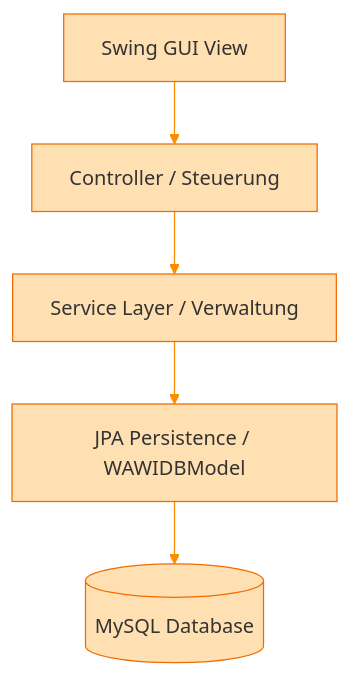
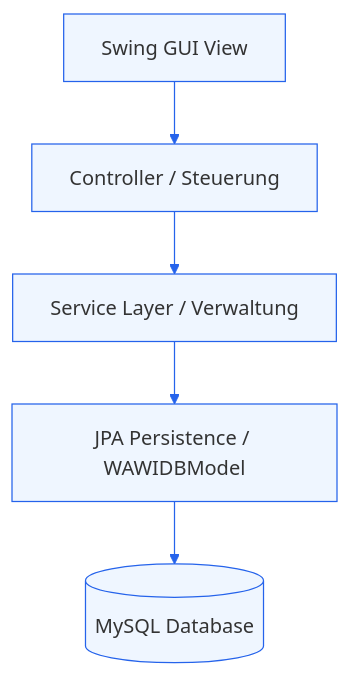
Before and after one commit to mtorun0x7cd/warehouse-management-system: the first of 2 diagrams in README.md, drawn with Mermaid. The commit also changed other lines of this file and 4 other files, not shown here.

Commit message:
docs: recolour the social preview and diagrams to the brand accent

````diff
--- a/README.md
+++ b/README.md
@@ -83,8 +83,8 @@
 ```mermaid
-%%{init: {'theme': 'base', 'themeVariables': { 'primaryColor': '#FFE0B2', 'edgeColor': '#FB8C00', 'primaryBorderColor': '#EF6C00', 'lineColor': '#FB8C00', 'textColor': '#5D4037' }}}%%
+%%{init: {'theme': 'base', 'themeVariables': { 'primaryColor': '#EFF6FF', 'edgeColor': '#2563EB', 'primaryBorderColor': '#2563EB', 'lineColor': '#2563EB', 'textColor': '#0F172A' }}}%%
 graph TD
     View[Swing GUI View] --> Controller[Controller / Steuerung]
     Controller --> Service[Service Layer / Verwaltung]
     Service --> Persistence[JPA Persistence / WAWIDBModel]
     Persistence --> DB[(MySQL Database)]
 ```
````
